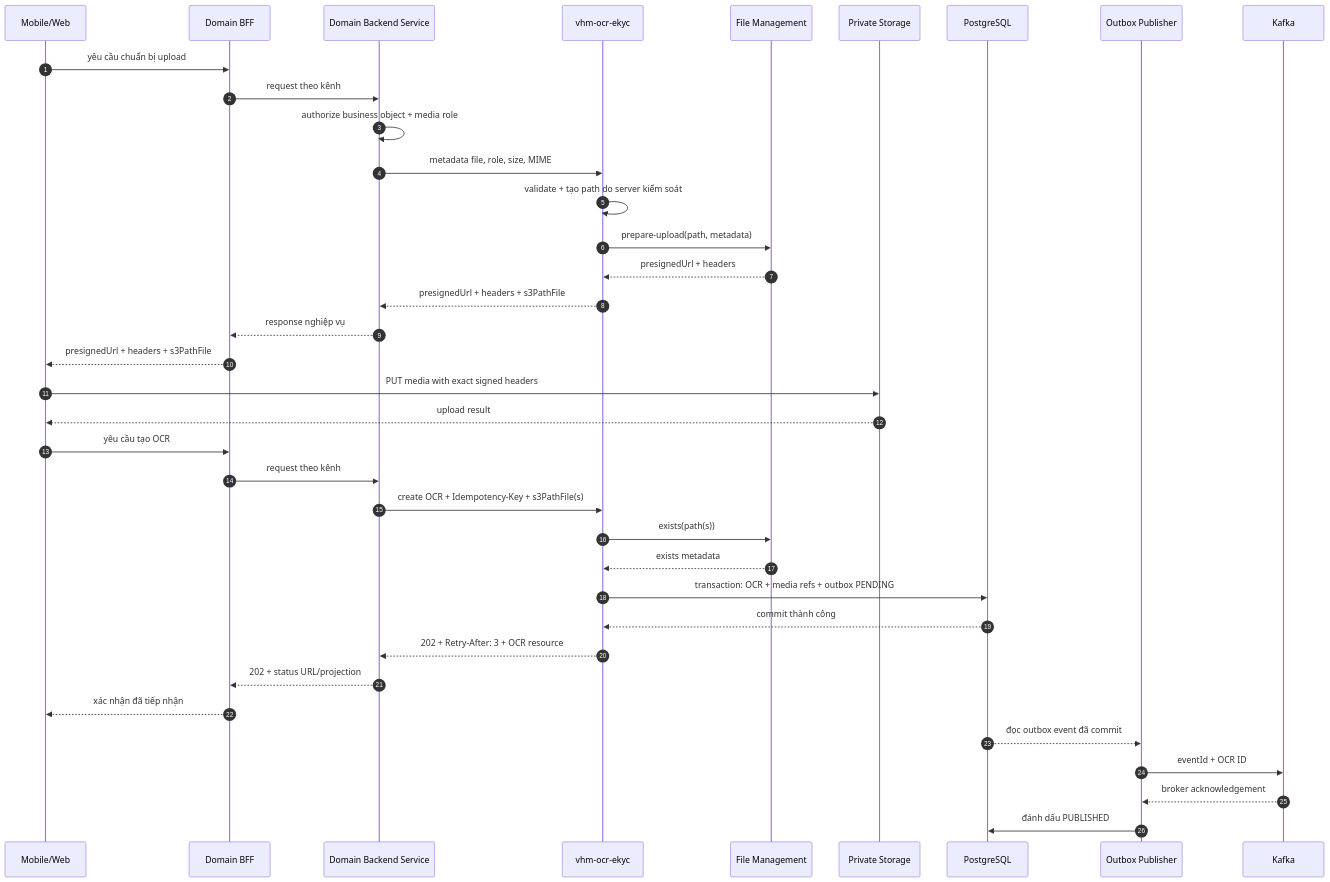
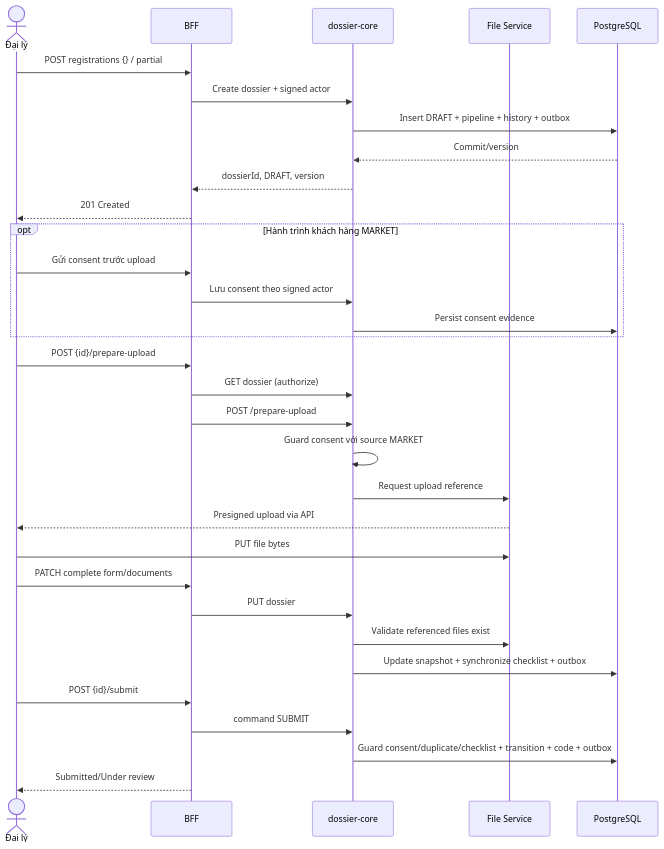
Before and after one commit to huynv-xyz/vhm: the fifth of 8 diagrams in tdd-dossier.md, drawn with Mermaid. The commit also changed other lines of this file, not shown here.

````diff
--- a/tdd-dossier.md
+++ b/tdd-dossier.md
@@ -1086,40 +575,35 @@
 ```mermaid
 sequenceDiagram
-    autonumber
-    participant C as Mobile/Web
-    participant B as Domain BFF
-    participant N as Domain Backend Service
-    participant A as vhm-ocr-ekyc
-    participant F as File Management
-    participant S as Private Storage
+    actor U as Đại lý
+    participant A as BFF
+    participant C as dossier-core
+    participant F as File Service
     participant D as PostgreSQL
-    participant O as Outbox Publisher
-    participant K as Kafka
 
-    C->>B: yêu cầu chuẩn bị upload
-    B->>N: request theo kênh
-    N->>N: authorize business object + media role
-    N->>A: metadata file, role, size, MIME
-    A->>A: validate + tạo path do server kiểm soát
-    A->>F: prepare-upload(path, metadata)
-    F-->>A: presignedUrl + headers
-    A-->>N: presignedUrl + headers + s3PathFile
-    N-->>B: response nghiệp vụ
-    B-->>C: presignedUrl + headers + s3PathFile
-    C->>S: PUT media with exact signed headers
-    S-->>C: upload result
-    C->>B: yêu cầu tạo OCR
-    B->>N: request theo kênh
-    N->>A: create OCR + Idempotency-Key + s3PathFile(s)
-    A->>F: exists(path(s))
-    F-->>A: exists metadata
-    A->>D: transaction: OCR + media refs + outbox PENDING
-    D-->>A: commit thành công
-    A-->>N: 202 + Retry-After: 3 + OCR resource
-    N-->>B: 202 + status URL/projection
-    B-->>C: xác nhận đã tiếp nhận
-    D-->>O: đọc outbox event đã commit
-    O->>K: eventId + OCR ID
-    K-->>O: broker acknowledgement
-    O->>D: đánh dấu PUBLISHED
+    U->>A: POST registrations {} / partial
+    A->>C: Create dossier + signed actor
+    C->>D: Insert DRAFT + pipeline + history + outbox
+    D-->>C: Commit/version
+    C-->>A: dossierId, DRAFT, version
+    A-->>U: 201 Created
+    opt Hành trình khách hàng MARKET
+        U->>A: Gửi consent trước upload
+        A->>C: Lưu consent theo signed actor
+        C->>D: Persist consent evidence
+    end
+    U->>A: POST {id}/prepare-upload
+    A->>C: GET dossier (authorize)
+    A->>C: POST /prepare-upload
+    C->>C: Guard consent với source MARKET
+    C->>F: Request upload reference
+    F-->>U: Presigned upload via API
+    U->>F: PUT file bytes
+    U->>A: PATCH complete form/documents
+    A->>C: PUT dossier
+    C->>F: Validate referenced files exist
+    C->>D: Update snapshot + synchronize checklist + outbox
+    U->>A: POST {id}/submit
+    A->>C: command SUBMIT
+    C->>D: Guard consent/duplicate/checklist + transition + code + outbox
+    A-->>U: Submitted/Under review
 ```
````
